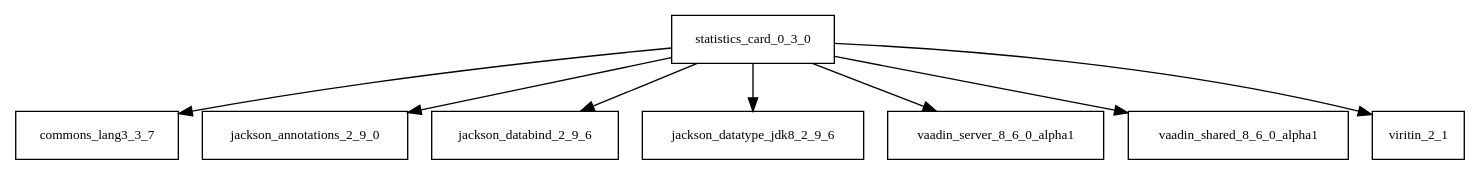
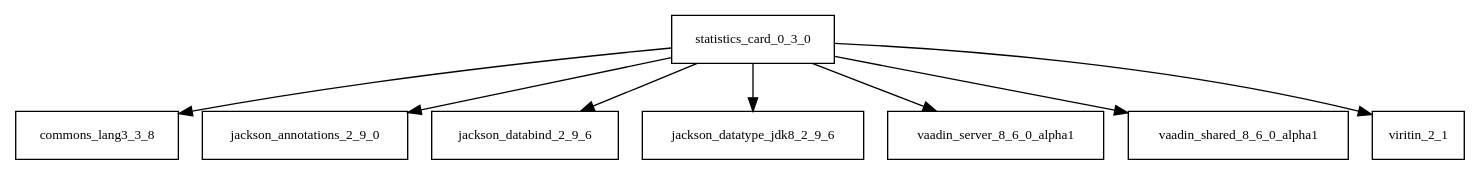
One commit to sjvs/cia changed the diagram in tattleTaleReport/graphviz/statistics-card-0.3.0.jar/statistics-card-0.3.0.jar.dot. Above: the diagram before and after it, drawn with Graphviz. The commit also changed 2896 other files, not shown here.

```diff
--- a/tattleTaleReport/graphviz/statistics-card-0.3.0.jar/statistics-card-0.3.0.jar.dot
+++ b/tattleTaleReport/graphviz/statistics-card-0.3.0.jar/statistics-card-0.3.0.jar.dot
@@ -1,10 +1,10 @@
 digraph statistics_card_0_3_0_dependencies {
   node [shape = box, fontsize=10.0];
-  statistics_card_0_3_0 -> commons_lang3_3_7;
+  statistics_card_0_3_0 -> commons_lang3_3_8;
   statistics_card_0_3_0 -> jackson_annotations_2_9_0;
   statistics_card_0_3_0 -> jackson_databind_2_9_6;
   statistics_card_0_3_0 -> jackson_datatype_jdk8_2_9_6;
   statistics_card_0_3_0 -> vaadin_server_8_6_0_alpha1;
   statistics_card_0_3_0 -> vaadin_shared_8_6_0_alpha1;
   statistics_card_0_3_0 -> viritin_2_1;
 }
```
